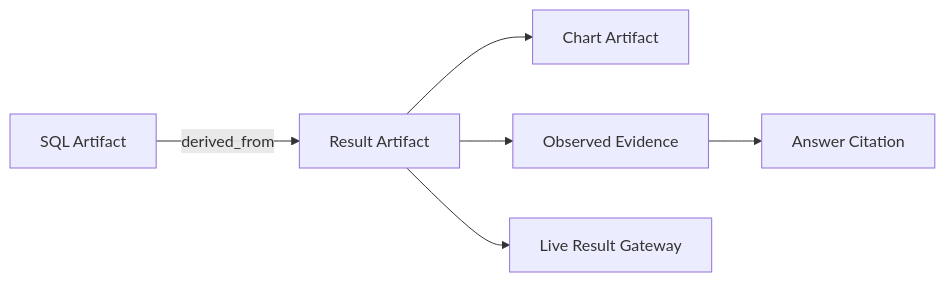
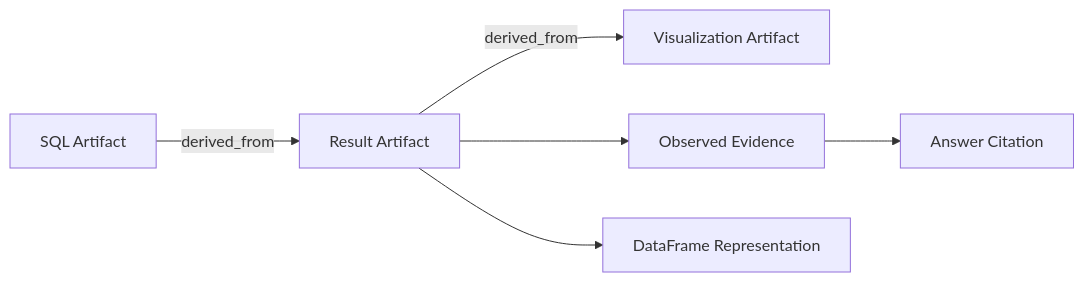
Before and after one commit to trrueee/DBFox: the fifth of 5 diagrams in docs/architecture/system-overview.md, drawn with Mermaid. The commit also changed other lines of this file and 86 other files, not shown here.

````diff
--- a/docs/architecture/system-overview.md
+++ b/docs/architecture/system-overview.md
@@ -259,8 +274,8 @@
 ```mermaid
 flowchart LR
     SQL["SQL Artifact"] -->|"derived_from"| RESULT["Result Artifact"]
-    RESULT --> CHART["Chart Artifact"]
+    RESULT -->|"derived_from"| VIZ["Visualization Artifact"]
     RESULT --> EVIDENCE["Observed Evidence"]
     EVIDENCE --> ANSWER["Answer Citation"]
-    RESULT --> GATEWAY["Live Result Gateway"]
+    RESULT --> GATEWAY["DataFrame Representation"]
 ```
````
